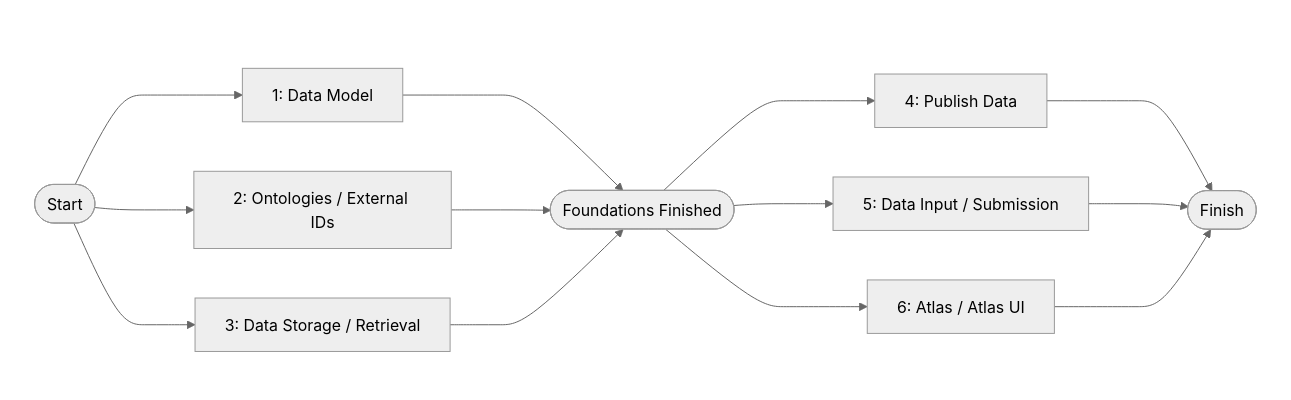
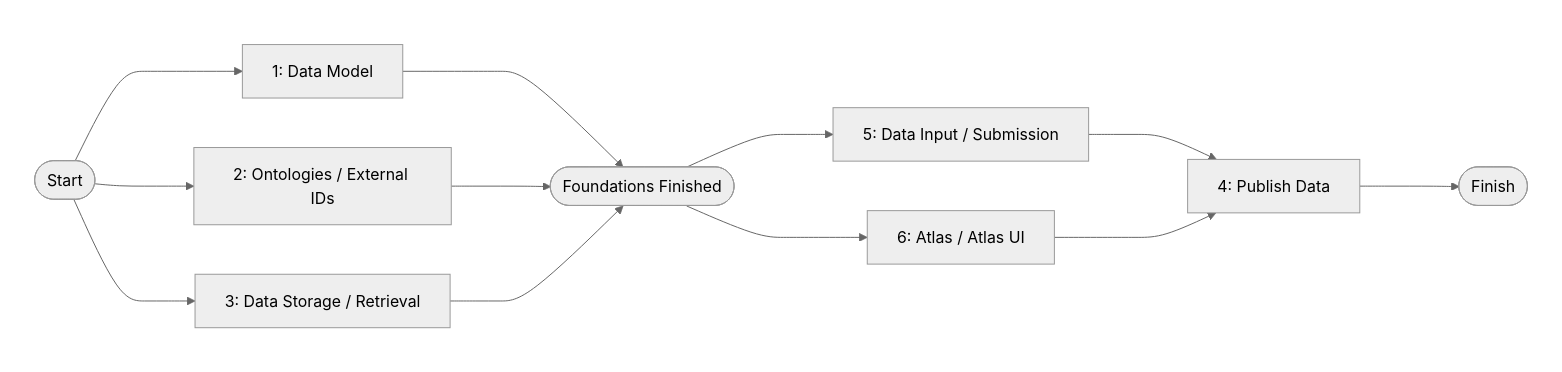
The first of 9 diagrams in README.md (zappfish/zapp-requirements-tracker), drawn with Mermaid (neutral theme) before and after one commit.

Commit message:
Update schedule network diagram: R5+R6 gate R4 before Finish (#114)

````diff
--- a/README.md
+++ b/README.md
@@ -52,51 +52,54 @@
 ```mermaid
 graph LR
     subgraph col0[" "]
         Start(["Start"])
     end
     subgraph col1[" "]
         R1["1: Data Model"]
         R2["2: Ontologies / External IDs"]
         R3["3: Data Storage / Retrieval"]
     end
     subgraph col2[" "]
         FF(["Foundations Finished"])
     end
     subgraph col3[" "]
-        R4["4: Publish Data"]
         R5["5: Data Input / Submission"]
         R6["6: Atlas / Atlas UI"]
     end
     subgraph col4[" "]
+        R4["4: Publish Data"]
+    end
+    subgraph col5[" "]
         Finish(["Finish"])
     end
 
     Start --> R1
     Start --> R2
     Start --> R3
 
     R1 --> FF
     R2 --> FF
     R3 --> FF
 
-    FF --> R4
     FF --> R5
     FF --> R6
 
+    R5 --> R4
+    R6 --> R4
+
     R4 --> Finish
-    R5 --> Finish
-    R6 --> Finish
 
     style col0 fill:none,stroke:none
     style col1 fill:none,stroke:none
     style col2 fill:none,stroke:none
     style col3 fill:none,stroke:none
     style col4 fill:none,stroke:none
+    style col5 fill:none,stroke:none
 
     click R1 href "https://github.com/zappfish/zapp-requirements-tracker/issues/16" _blank
     click R2 href "https://github.com/zappfish/zapp-requirements-tracker/issues/15" _blank
     click R3 href "https://github.com/zappfish/zapp-requirements-tracker/issues/32" _blank
     click R4 href "https://github.com/zappfish/zapp-requirements-tracker/issues/44" _blank
     click R5 href "https://github.com/zappfish/zapp-requirements-tracker/issues/49" _blank
     click R6 href "https://github.com/zappfish/zapp-requirements-tracker/issues/72" _blank
 ```
````
